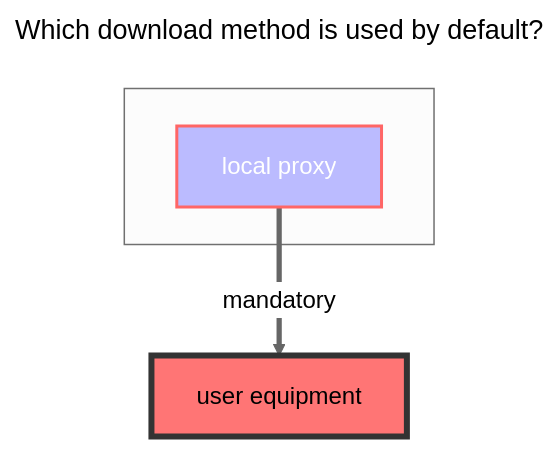
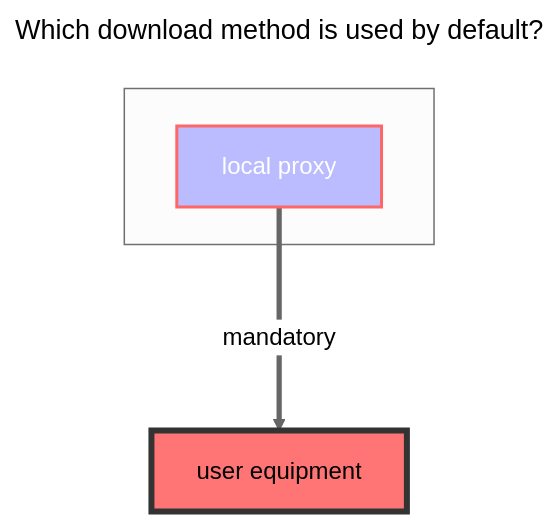
The diagram in docs/guide/drivers/quark.md (alist-org/docs), drawn with Mermaid (neutral theme) before and after one commit. The commit also changed 39 other files, not shown here.

````diff
--- a/docs/guide/drivers/quark.md
+++ b/docs/guide/drivers/quark.md
@@ -39,14 +39,14 @@
 ```mermaid
 ---
 title: Which download method is used by default?
 ---
 flowchart TB
     style c1 fill:#bbf,stroke:#f66,stroke-width:2px,color:#fff
     style a2 fill:#ff7575,stroke:#333,stroke-width:4px
     subgraph ide1 [ ]
     c1
     end
-    c1[local proxy]:::someclass==mandatory==>a2[user equipment]
+    c1[local proxy]:::someclass==mandatory===>a2[user equipment]
     classDef someclass fill:#f96
     click b1 "../drivers/common.html#webdav-policy"
 ```
````
